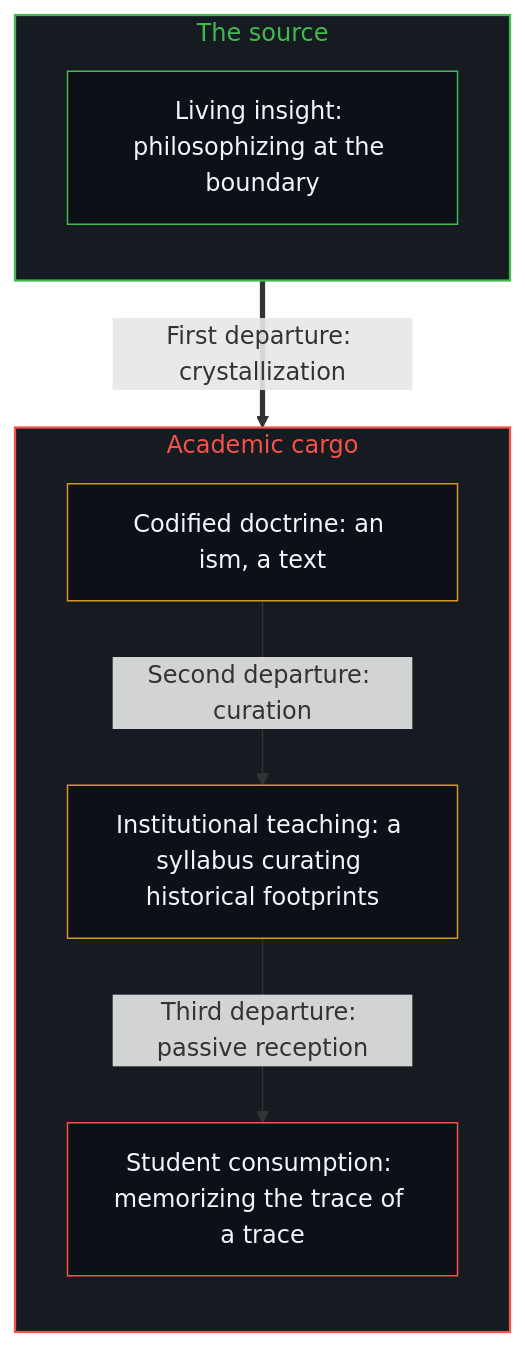
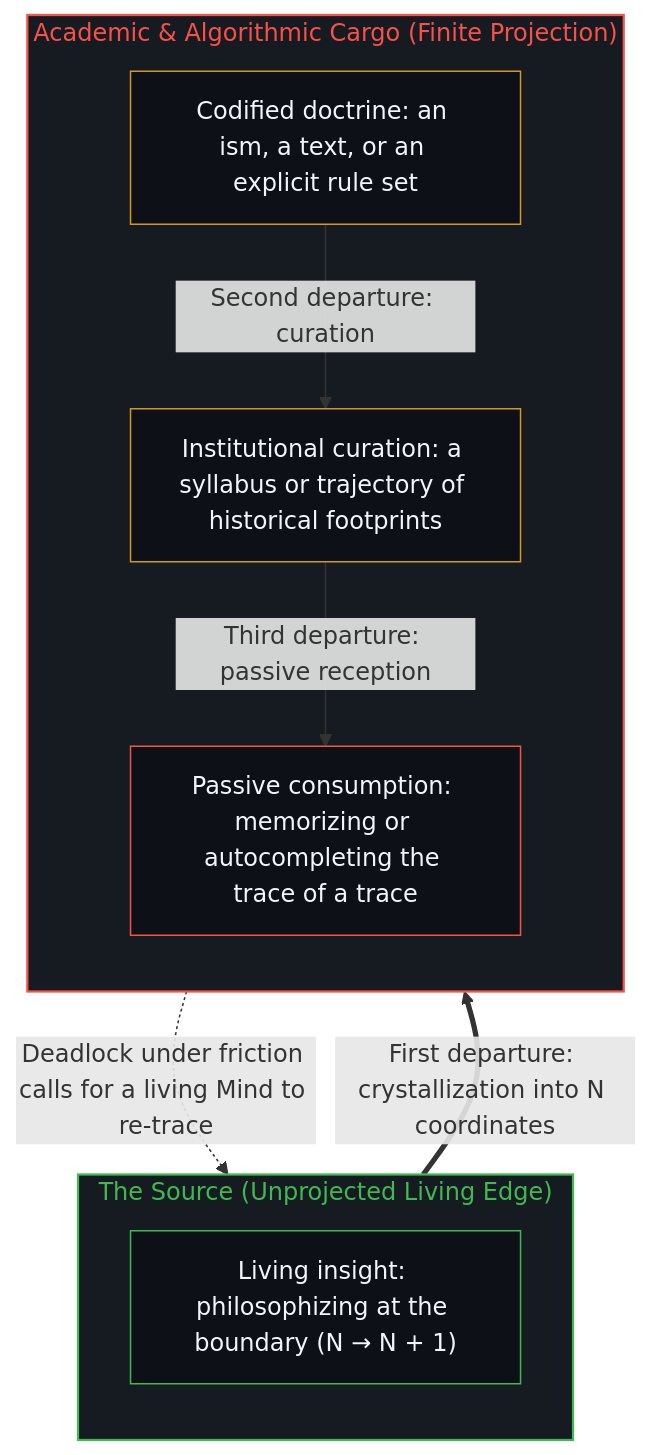
One commit to powerpig99/not-a-toe changed the second of 2 diagrams in content/posts/the-unclosable-trace.md. Above: the diagram before and after it, drawn with Mermaid. The commit also changed other lines of this file and 1 other file, not shown here.

Commit message:
Sleep Wave 3 (L2 #70): Refine the-unclosable-trace

````diff
--- a/content/posts/the-unclosable-trace.md
+++ b/content/posts/the-unclosable-trace.md
@@ -106,22 +107,23 @@
 ```mermaid
 flowchart TD
-    subgraph S_Source["The source"]
+    subgraph S_Source["The Source (Unprojected Living Edge)"]
         direction TB
-        L1["Living insight: philosophizing at the boundary"]
+        L1["Living insight: philosophizing at the boundary (N → N + 1)"]
     end
-    subgraph S_Cargo["Academic cargo"]
+    subgraph S_Cargo["Academic & Algorithmic Cargo (Finite Projection)"]
         direction TB
-        L2["Codified doctrine: an ism, a text"]
-        L3["Institutional teaching: a syllabus curating historical footprints"]
-        L4["Student consumption: memorizing the trace of a trace"]
+        L2["Codified doctrine: an ism, a text, or an explicit rule set"]
+        L3["Institutional curation: a syllabus or trajectory of historical footprints"]
+        L4["Passive consumption: memorizing or autocompleting the trace of a trace"]
     end
-    L1 ==>|"First departure: crystallization"| L2
+    L1 ==>|"First departure: crystallization into N coordinates"| L2
     L2 -->|"Second departure: curation"| L3
     L3 -->|"Third departure: passive reception"| L4
+    L4 -.->|"Deadlock under friction calls for a living Mind to re-trace"| L1
     style S_Source fill:#161b22,stroke:#3fb950,stroke-width:1.5px,color:#3fb950
     style S_Cargo fill:#161b22,stroke:#f85149,stroke-width:1.5px,color:#f85149
     style L1 fill:#0d1117,stroke:#3fb950,stroke-width:1px,color:#f0f6fc
     style L2 fill:#0d1117,stroke:#d29922,stroke-width:1px,color:#f0f6fc
     style L3 fill:#0d1117,stroke:#d29922,stroke-width:1px,color:#f0f6fc
     style L4 fill:#0d1117,stroke:#f85149,stroke-width:1px,color:#f0f6fc
 ```
````
